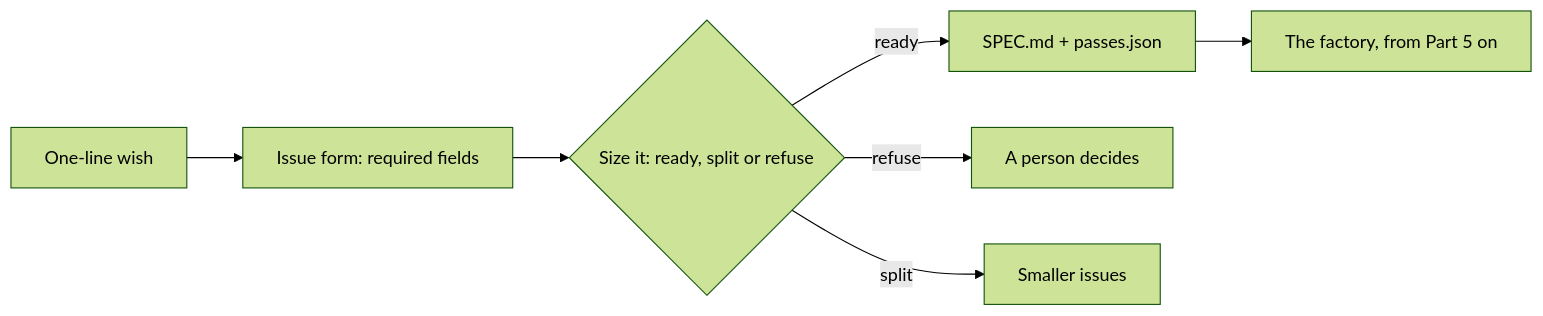
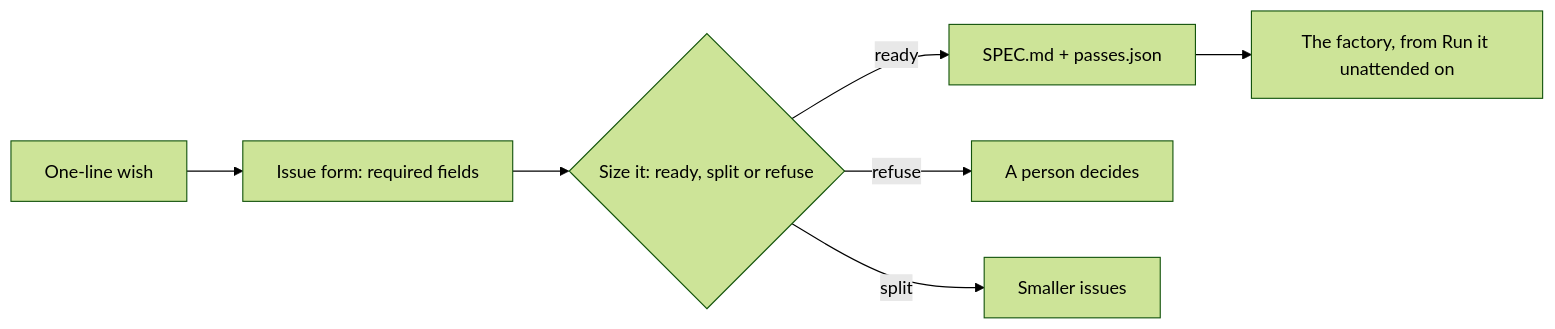
The diagram in parts/01-write-the-work-order/README.md (learnwithparam/software-factory-claude-code), drawn with Mermaid (forest theme) before and after one commit. The commit also changed other lines of this file and 67 other files, not shown here.

````diff
--- a/parts/01-write-the-work-order/README.md
+++ b/parts/01-write-the-work-order/README.md
@@ -24,9 +24,9 @@
 ```mermaid
 flowchart LR
   W[One-line wish] --> F[Issue form: required fields]
   F --> B{Size it: ready, split or refuse}
   B -- ready --> S[SPEC.md + passes.json]
   B -- refuse --> P[A person decides]
   B -- split --> N[Smaller issues]
-  S --> FA[The factory, from Part 5 on]
+  S --> FA[The factory, from Run it unattended on]
 ```
````
